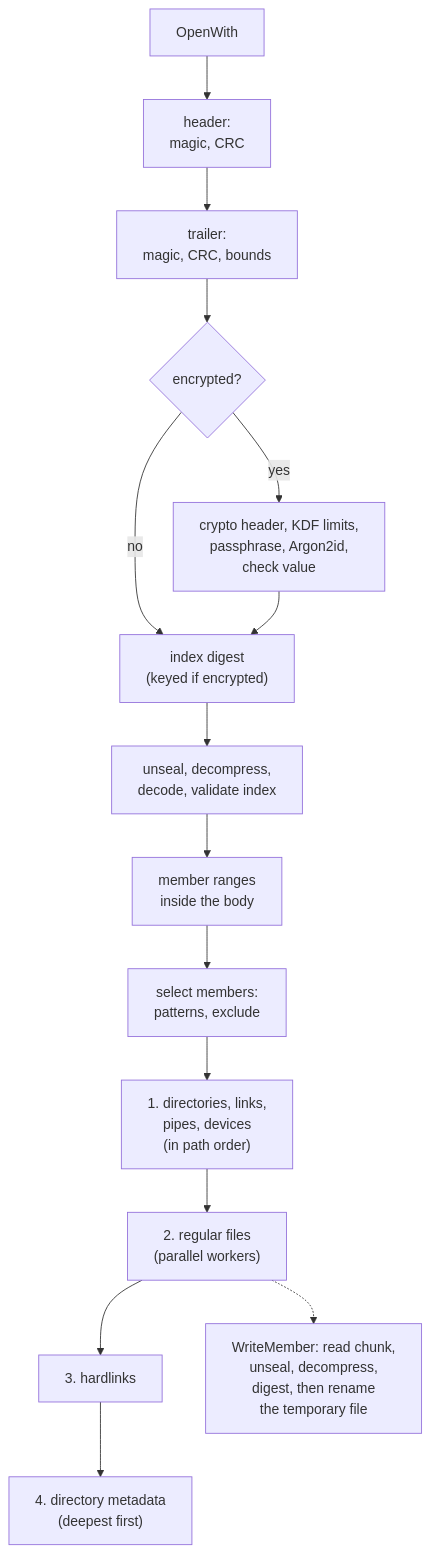
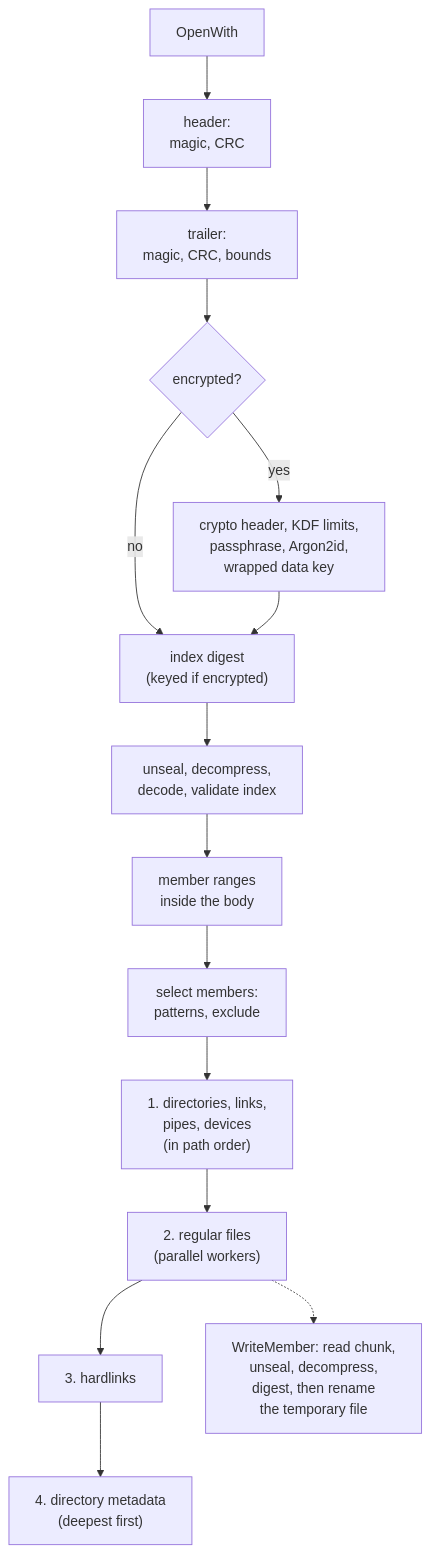
The third of 4 diagrams in doc/design.md (philmalin/eictar), drawn with Mermaid before and after one commit. The commit also changed other lines of this file and 26 other files, not shown here.

Commit message:
M9: wrapped data key, --change-passphrase, keyed member digests

````diff
--- a/doc/design.md
+++ b/doc/design.md
@@ -1913,17 +1972,17 @@
 ```mermaid
 flowchart TD
     open["OpenWith"] --> hdr["header:<br/>magic, CRC"]
     hdr --> tr["trailer:<br/>magic, CRC, bounds"]
     tr --> unlock{"encrypted?"}
-    unlock -- yes --> kdf["crypto header, KDF limits,<br/>passphrase, Argon2id,<br/>check value"]
+    unlock -- yes --> kdf["crypto header, KDF limits,<br/>passphrase, Argon2id,<br/>wrapped data key"]
     unlock -- no --> dig
     kdf --> dig["index digest<br/>(keyed if encrypted)"]
     dig --> dec["unseal, decompress,<br/>decode, validate index"]
     dec --> ranges["member ranges<br/>inside the body"]
     ranges --> sel["select members:<br/>patterns, exclude"]
     sel --> p1["1. directories, links,<br/>pipes, devices<br/>(in path order)"]
     p1 --> p2["2. regular files<br/>(parallel workers)"]
     p2 --> p3["3. hardlinks"]
     p3 --> p4["4. directory metadata<br/>(deepest first)"]
     p2 -.-> wm["WriteMember: read chunk,<br/>unseal, decompress,<br/>digest, then rename<br/>the temporary file"]
 ```
````
